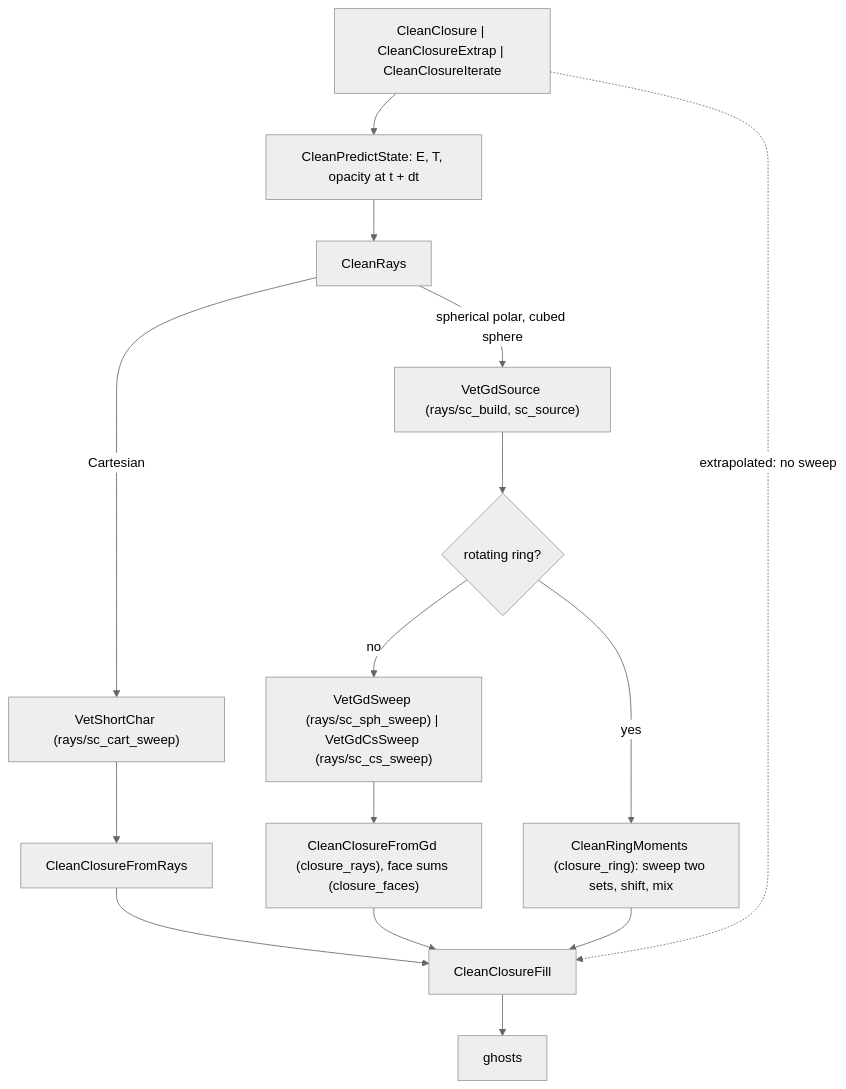
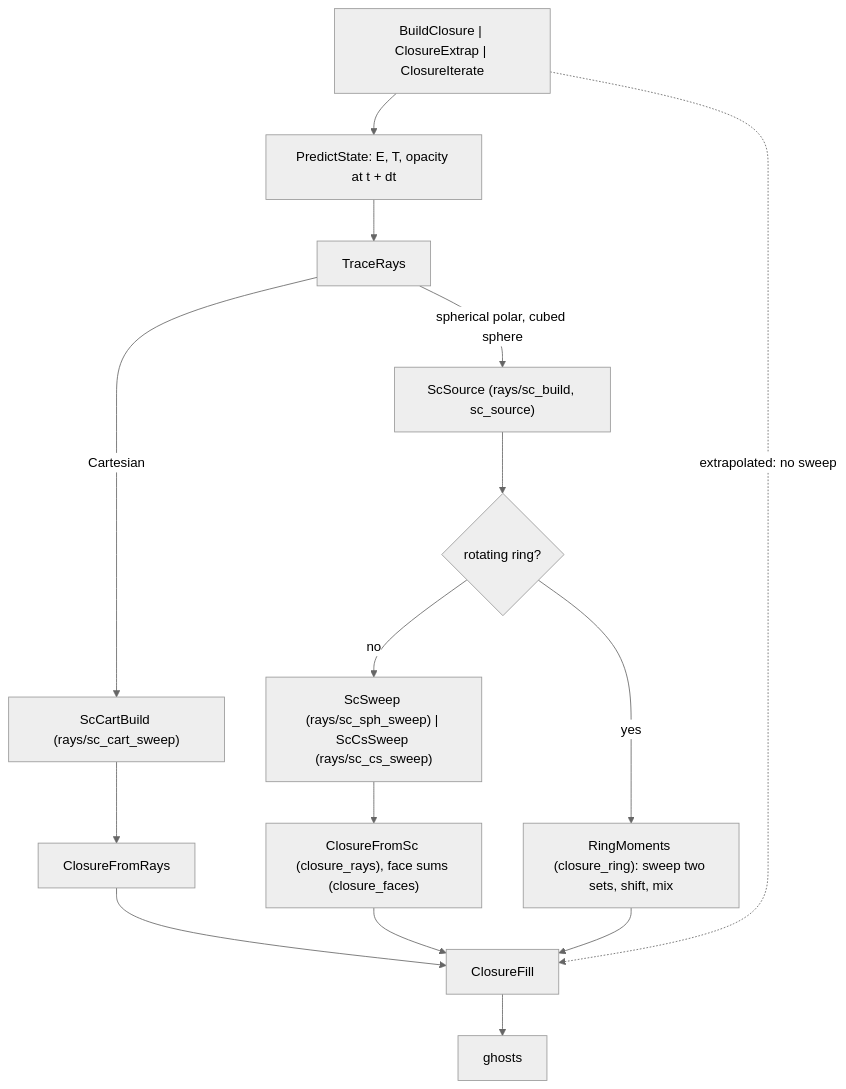
Before and after one commit to jing-ze-ma/athenak: the third of 4 diagrams in docs/vet_clean/WORKFLOW.md, drawn with Mermaid (neutral theme). The commit also changed other lines of this file and 85 other files, not shown here.

First line of the commit message:
rad_vet: function and type names without clean, gd, col (names only)

````diff
--- a/docs/vet_clean/WORKFLOW.md
+++ b/docs/vet_clean/WORKFLOW.md
@@ -50,13 +50,13 @@
 ```mermaid
 flowchart TD
-  A["CleanClosure | CleanClosureExtrap | CleanClosureIterate"] --> B["CleanPredictState: E, T, opacity at t + dt"]
-  B --> C[CleanRays]
-  C -- Cartesian --> D["VetShortChar (rays/sc_cart_sweep)"] --> E["CleanClosureFromRays"]
-  C -- "spherical polar, cubed sphere" --> F["VetGdSource (rays/sc_build, sc_source)"] --> G{rotating ring?}
-  G -- no --> H["VetGdSweep (rays/sc_sph_sweep) | VetGdCsSweep (rays/sc_cs_sweep)"] --> I["CleanClosureFromGd (closure_rays), face sums (closure_faces)"]
-  G -- yes --> J["CleanRingMoments (closure_ring): sweep two sets, shift, mix"]
-  E --> K[CleanClosureFill] --> L[ghosts]
+  A["BuildClosure | ClosureExtrap | ClosureIterate"] --> B["PredictState: E, T, opacity at t + dt"]
+  B --> C[TraceRays]
+  C -- Cartesian --> D["ScCartBuild (rays/sc_cart_sweep)"] --> E["ClosureFromRays"]
+  C -- "spherical polar, cubed sphere" --> F["ScSource (rays/sc_build, sc_source)"] --> G{rotating ring?}
+  G -- no --> H["ScSweep (rays/sc_sph_sweep) | ScCsSweep (rays/sc_cs_sweep)"] --> I["ClosureFromSc (closure_rays), face sums (closure_faces)"]
+  G -- yes --> J["RingMoments (closure_ring): sweep two sets, shift, mix"]
+  E --> K[ClosureFill] --> L[ghosts]
   I --> K
   J --> K
   A -. "extrapolated: no sweep" .-> K
 ```
````
